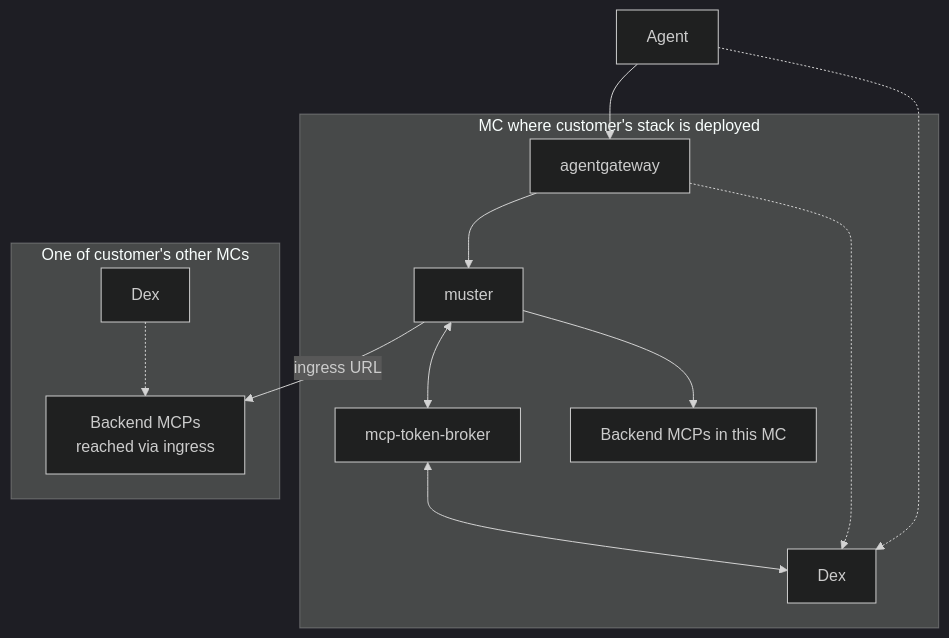
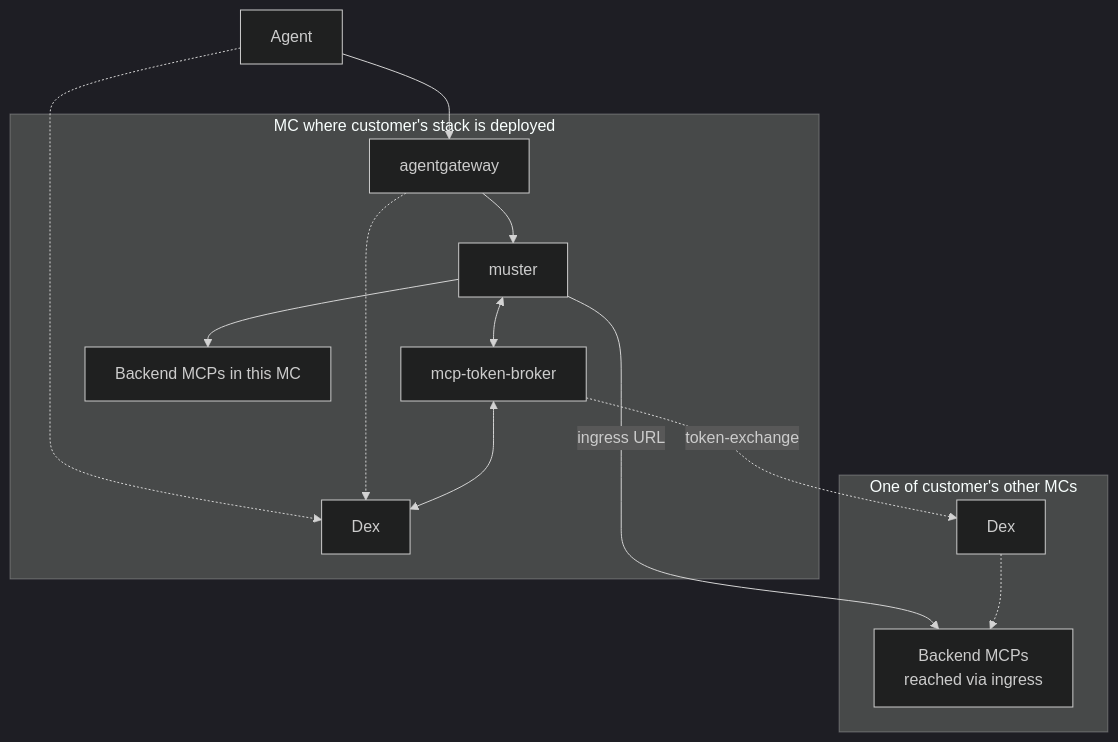
The first of 2 diagrams in docs/explanation/decisions/012-agentgateway-introduction.md (giantswarm/muster), drawn with Mermaid (dark theme) before and after one commit. The commit also changed other lines of this file, not shown here.

Commit message:
ADR-012: rename modes; defer static-token; show cross-MC token exchange

````diff
--- a/docs/explanation/decisions/012-agentgateway-introduction.md
+++ b/docs/explanation/decisions/012-agentgateway-introduction.md
@@ -38,27 +38,28 @@
 ```mermaid
 graph TB
     Agent
 
     subgraph DeploymentMC["MC where customer's stack is deployed"]
         DexDeployment[Dex]
         agentgateway
         muster
         broker[mcp-token-broker]
         LocalBackends[Backend MCPs in this MC]
     end
 
     subgraph OtherMC["One of customer's other MCs"]
         DexOther[Dex]
         RemoteMCPs[Backend MCPs<br/>reached via ingress]
     end
 
     Agent --> agentgateway
     Agent -.-> DexDeployment
     agentgateway --> muster
     agentgateway -.-> DexDeployment
     muster <--> broker
     broker <--> DexDeployment
+    broker -.->|token-exchange| DexOther
     muster --> LocalBackends
     muster -->|ingress URL| RemoteMCPs
     DexOther -.-> RemoteMCPs
 ```
````
